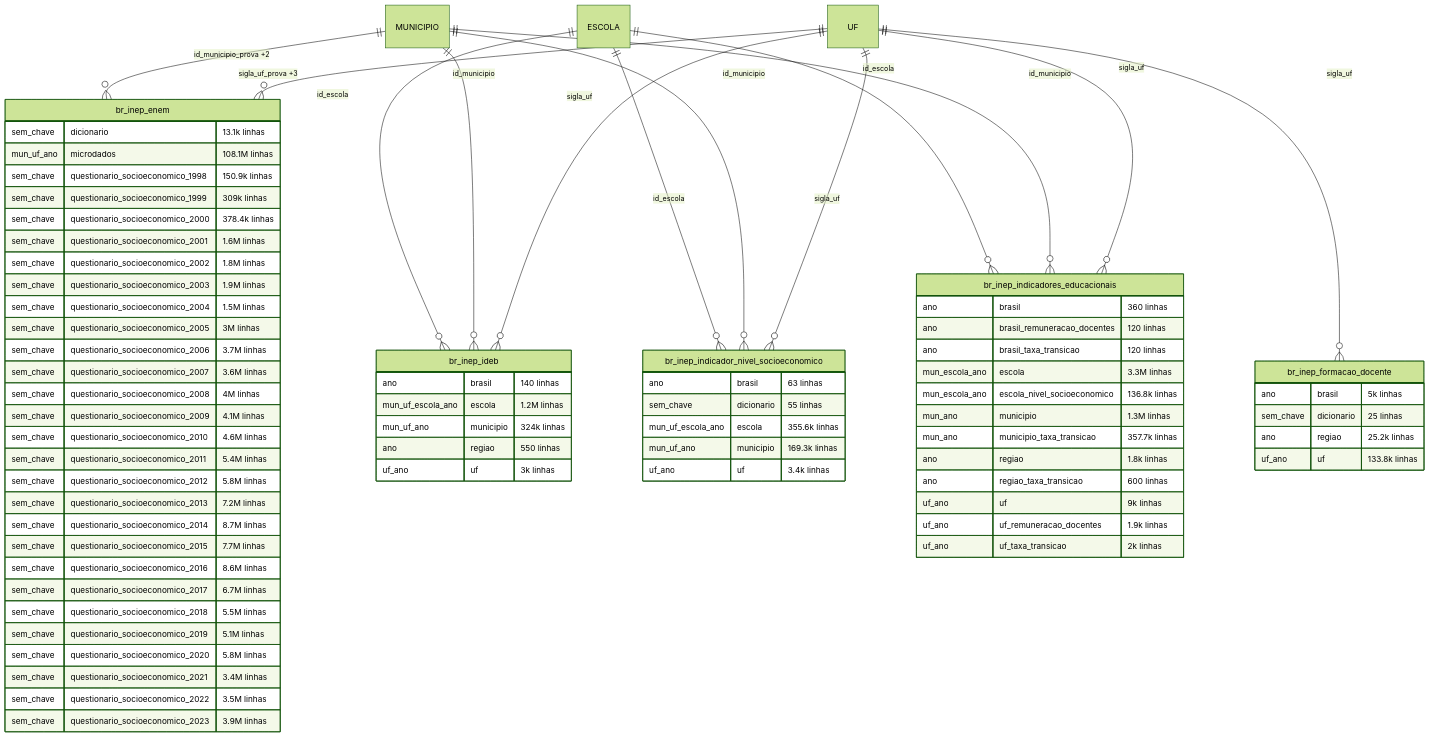
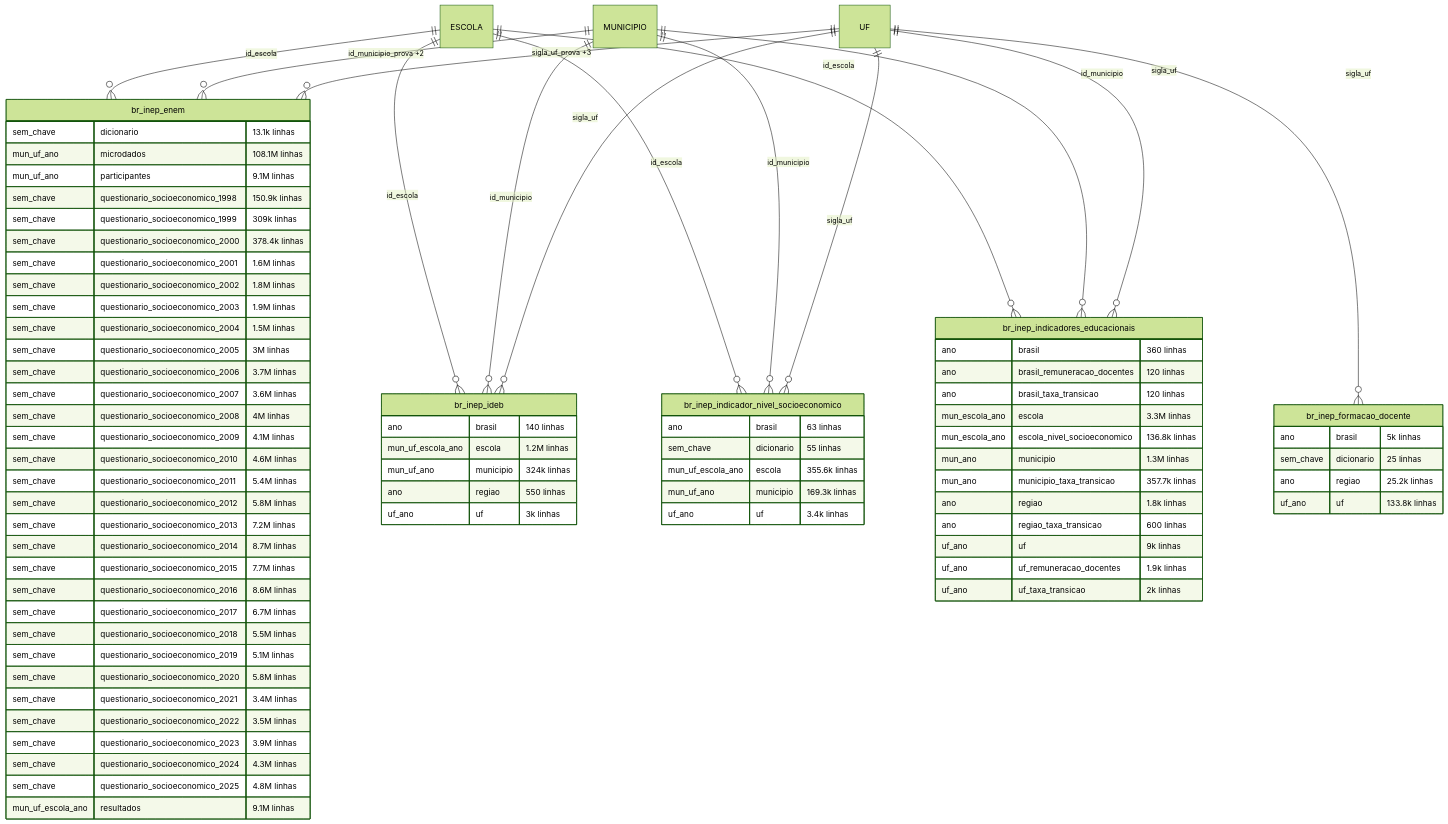
Before and after one commit to rafapolo/rodado: the seventh of 29 diagrams in docs/mapa/ERD.md, drawn with Mermaid (forest theme). The commit also changed other lines of this file and 16 other files, not shown here.

````diff
--- a/docs/mapa/ERD.md
+++ b/docs/mapa/ERD.md
@@ -507,5 +535,6 @@
 ```mermaid
 erDiagram
+    ESCOLA ||--o{ br_inep_enem : "id_escola"
     MUNICIPIO ||--o{ br_inep_enem : "id_municipio_prova +2"
     UF ||--o{ br_inep_enem : "sigla_uf_prova +3"
     UF ||--o{ br_inep_formacao_docente : "sigla_uf"
@@ -521,6 +550,7 @@
     br_inep_enem {
         sem_chave dicionario "13.1k linhas"
         mun_uf_ano microdados "108.1M linhas"
+        mun_uf_ano participantes "9.1M linhas"
         sem_chave questionario_socioeconomico_1998 "150.9k linhas"
         sem_chave questionario_socioeconomico_1999 "309k linhas"
         sem_chave questionario_socioeconomico_2000 "378.4k linhas"
@@ -547,6 +577,9 @@
         sem_chave questionario_socioeconomico_2021 "3.4M linhas"
         sem_chave questionario_socioeconomico_2022 "3.5M linhas"
         sem_chave questionario_socioeconomico_2023 "3.9M linhas"
+        sem_chave questionario_socioeconomico_2024 "4.3M linhas"
+        sem_chave questionario_socioeconomico_2025 "4.8M linhas"
+        mun_uf_escola_ano resultados "9.1M linhas"
     }
     br_inep_formacao_docente {
         ano brasil "5k linhas"
````
